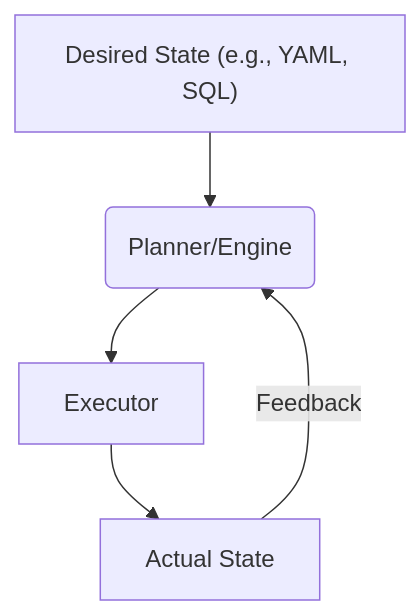
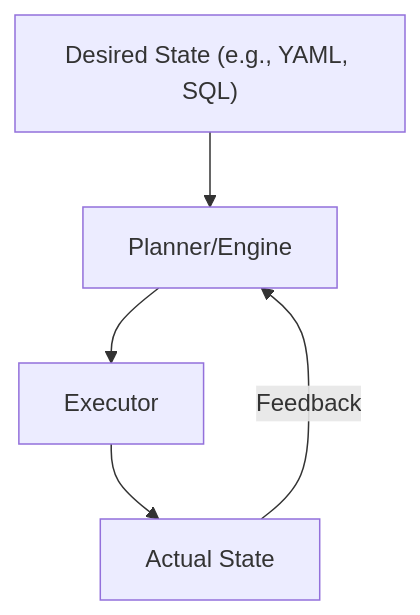
Before and after one commit to archman-dev/website: the first of 3 diagrams in docs/foundational-concepts/programming-paradigms/declarative-and-logic.mdx, drawn with Mermaid. The commit also changed other lines of this file and 16 other files, not shown here.

````diff
--- a/docs/foundational-concepts/programming-paradigms/declarative-and-logic.mdx
+++ b/docs/foundational-concepts/programming-paradigms/declarative-and-logic.mdx
@@ -20,7 +42,7 @@
 ```mermaid
-flowchart TD
-  A["Desired State (e.g., YAML, SQL)"] --> P(Planner/Engine)
-  P --> E[Executor]
-  E --> O[Actual State]
-  O -->|Feedback| P
+flowchart TB
+  A["Desired State (e.g., YAML, SQL)"] --> P["Planner/Engine"]
+  P --> E["Executor"]
+  E --> O["Actual State"]
+  O -->|"Feedback"| P
 ```
````
